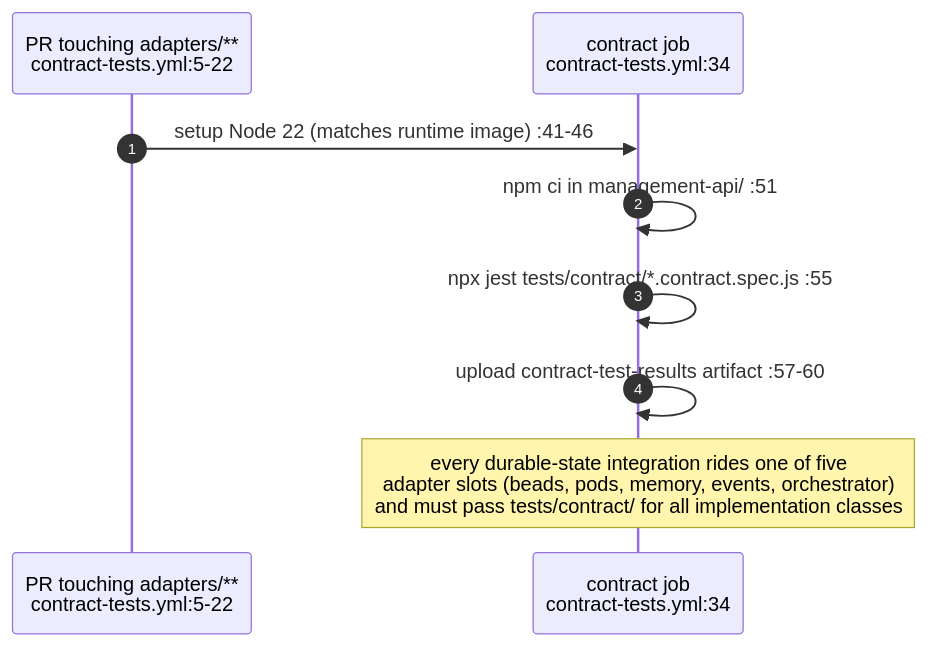
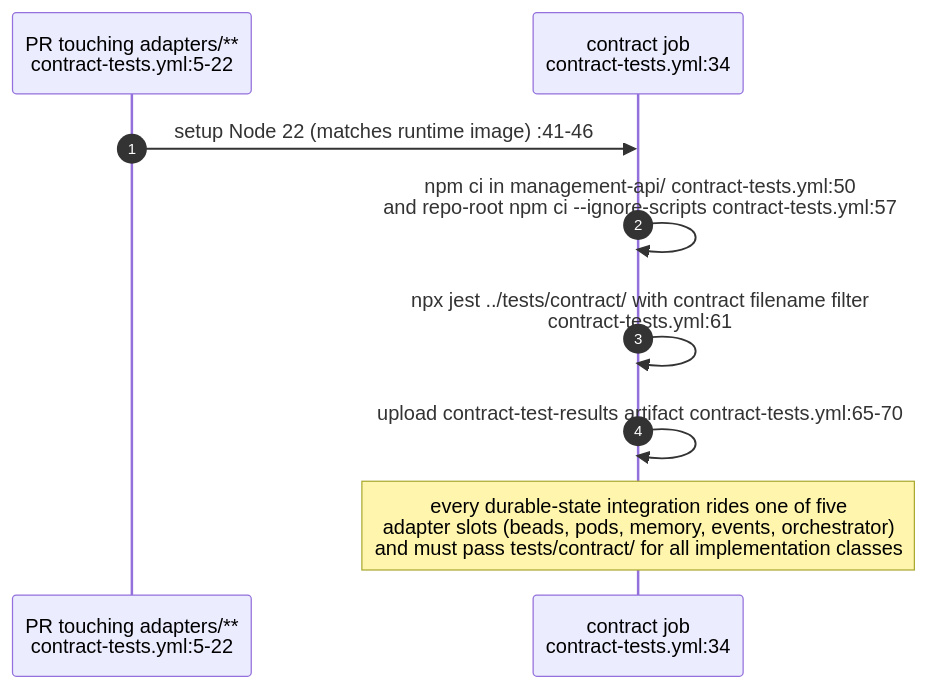
Before and after one commit to DreamLab-AI/VisionFlow: diagram 16 of 21 in docs/diagrams/estate/09-build-deploy-and-ci-estate.md, drawn with Mermaid. The commit also changed other lines of this file and 51 other files, not shown here.

First line of the commit message:
docs(diagrams): agentbox AB-01..13 re-attested anchor by anchor (980 anchors, 22 defects); checkpoint against an out-of-mesh writer

````diff
--- a/docs/diagrams/estate/09-build-deploy-and-ci-estate.md
+++ b/docs/diagrams/estate/09-build-deploy-and-ci-estate.md
@@ -547,12 +547,12 @@
 ```mermaid
 sequenceDiagram
     autonumber
     participant GH as PR touching adapters/**<br/>contract-tests.yml:5-22
     participant C as contract job<br/>contract-tests.yml:34
 
     GH->>C: setup Node 22 (matches runtime image) :41-46
-    C->>C: npm ci in management-api/ :51
-    C->>C: npx jest tests/contract/*.contract.spec.js :55
-    C->>C: upload contract-test-results artifact :57-60
+    C->>C: npm ci in management-api/ contract-tests.yml:50<br/>and repo-root npm ci --ignore-scripts contract-tests.yml:57
+    C->>C: npx jest ../tests/contract/ with contract filename filter<br/>contract-tests.yml:61
+    C->>C: upload contract-test-results artifact contract-tests.yml:65-70
     Note over C: every durable-state integration rides one of five<br/>adapter slots (beads, pods, memory, events, orchestrator)<br/>and must pass tests/contract/ for all implementation classes
 ```
````
